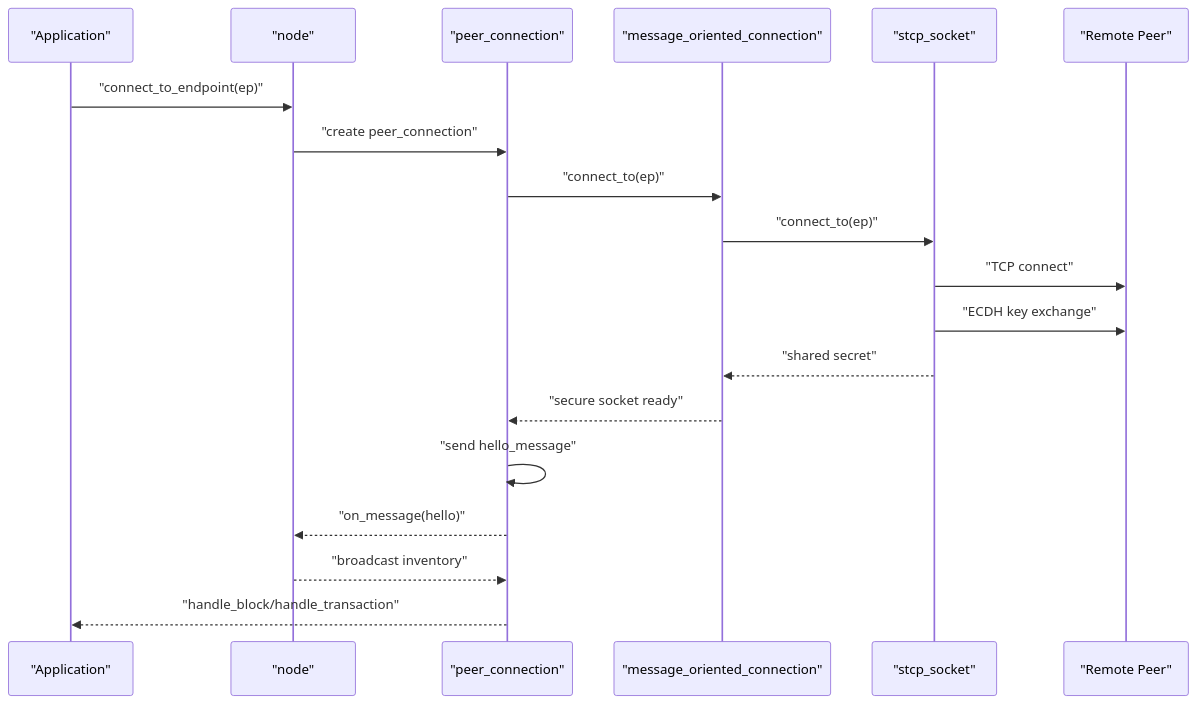
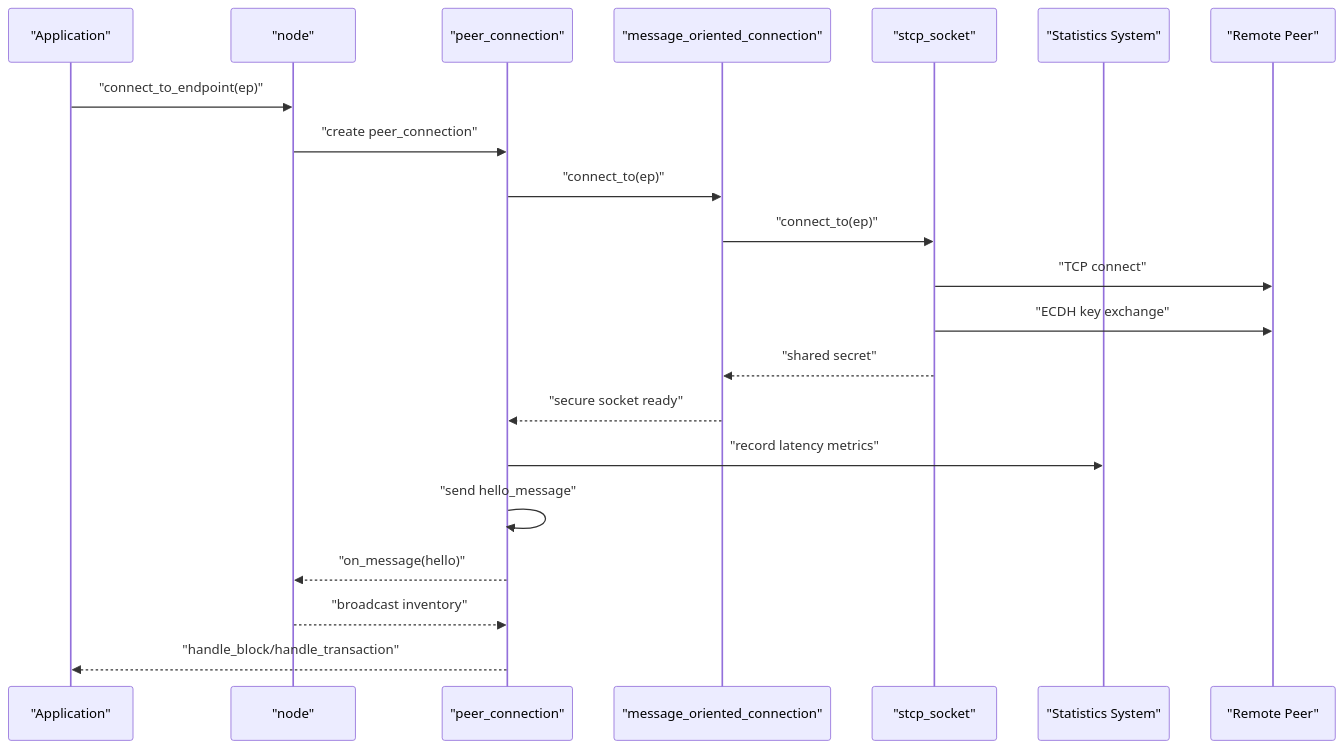
One commit to VIZ-Blockchain/viz-cpp-node changed the second of 11 diagrams in .qoder/repowiki/en/content/Architecture Overview/Core Libraries/Network Library/Network Library.md. Above: the diagram before and after it, drawn with Mermaid. The commit also changed other lines of this file and 3 other files, not shown here.

First line of the commit message:
docs(network): add detailed peer statistics and metrics system documentation

````diff
--- a/.qoder/repowiki/en/content/Architecture Overview/Core Libraries/Network Library/Network Library.md
+++ b/.qoder/repowiki/en/content/Architecture Overview/Core Libraries/Network Library/Network Library.md
@@ -111,21 +127,23 @@
 ```mermaid
 sequenceDiagram
 participant App as "Application"
 participant Node as "node"
 participant Peer as "peer_connection"
 participant MOC as "message_oriented_connection"
 participant STCP as "stcp_socket"
+participant Stats as "Statistics System"
 participant Net as "Remote Peer"
 App->>Node : "connect_to_endpoint(ep)"
 Node->>Peer : "create peer_connection"
 Peer->>MOC : "connect_to(ep)"
 MOC->>STCP : "connect_to(ep)"
 STCP->>Net : "TCP connect"
 STCP->>Net : "ECDH key exchange"
 STCP-->>MOC : "shared secret"
 MOC-->>Peer : "secure socket ready"
+Peer->>Stats : "record latency metrics"
 Peer->>Peer : "send hello_message"
 Peer-->>Node : "on_message(hello)"
 Node-->>Peer : "broadcast inventory"
 Peer-->>App : "handle_block/handle_transaction"
 ```
````
